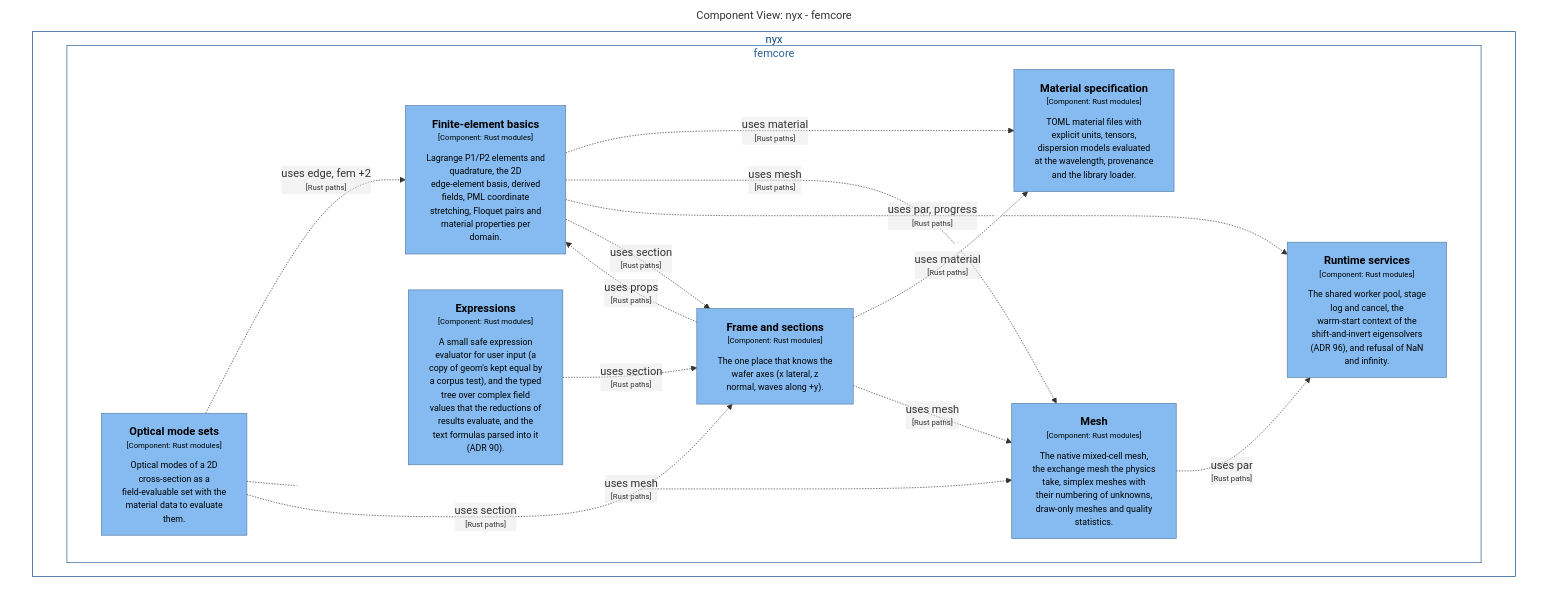
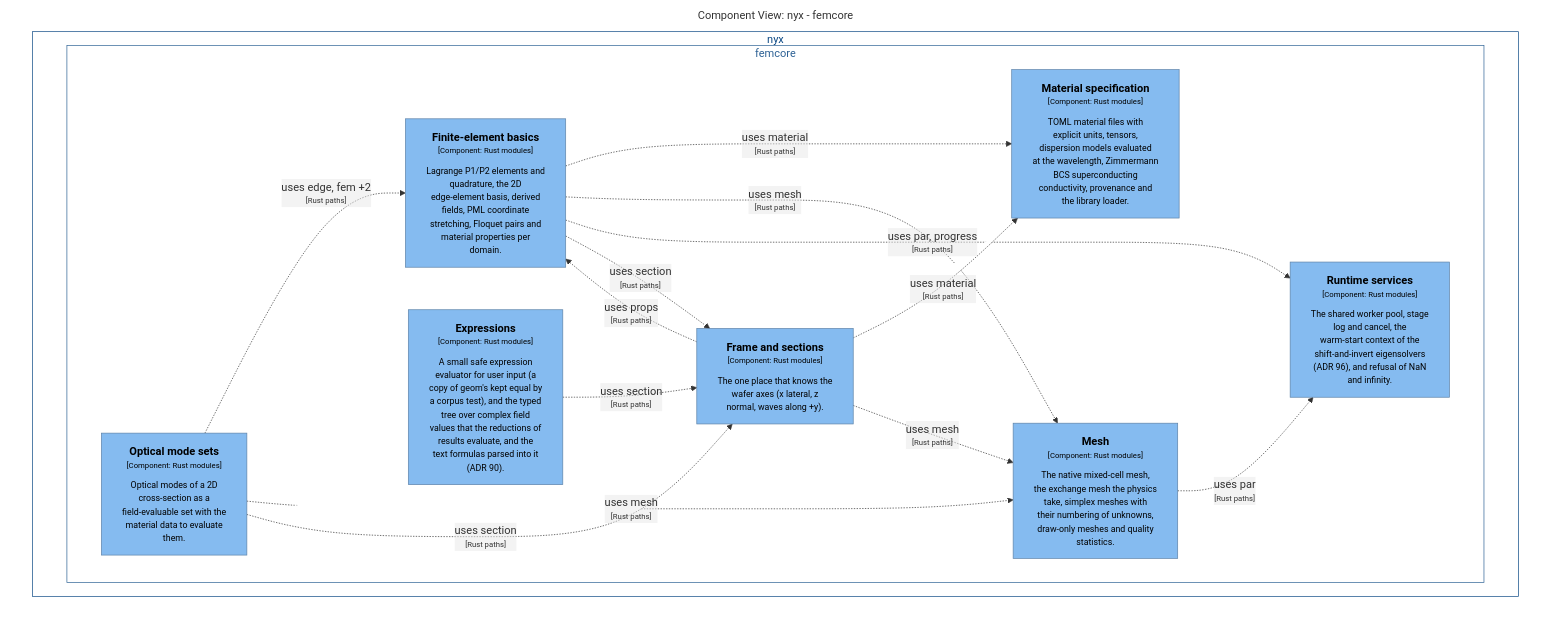
Before and after one commit to p-j-r/nyx: the diagram in docs/architecture/c4/export/mermaid/structurizr-Components_femcore_fem.mmd, drawn with Mermaid. The commit also changed 208 other files, not shown here.

Commit message:
cqed, geom, femcore, dfs, ems, analysis, engine, materials: superconducting qubit suite (M1-M5), AGENTS.md, ADRs 102-106, contracts, API & C4 docs

```diff
--- a/docs/architecture/c4/export/mermaid/structurizr-Components_femcore_fem.mmd
+++ b/docs/architecture/c4/export/mermaid/structurizr-Components_femcore_fem.mmd
@@ -1,44 +1,44 @@
 graph TB
   linkStyle default fill:#ffffff
 
   subgraph diagram ["Component View: nyx - femcore"]
     style diagram fill:#ffffff,stroke:#ffffff
 
     subgraph 5 ["nyx"]
       style 5 fill:#ffffff,stroke:#0b4884,color:#0b4884
 
-      subgraph 86 ["femcore"]
-        style 86 fill:#ffffff,stroke:#2e6295,color:#2e6295
+      subgraph 92 ["femcore"]
+        style 92 fill:#ffffff,stroke:#2e6295,color:#2e6295
 
-        105["<div style='font-weight: bold'>Finite-element basics</div><div style='font-size: 70%; margin-top: 0px'>[Component: Rust modules]</div><div style='font-size: 80%; margin-top:10px'>Lagrange P1/P2 elements and<br />quadrature, the 2D<br />edge-element basis, derived<br />fields, PML coordinate<br />stretching, Floquet pairs and<br />material properties per<br />domain.</div>"]
-        style 105 fill:#85bbf0,stroke:#5d82a8,color:#000000
-        106["<div style='font-weight: bold'>Material specification</div><div style='font-size: 70%; margin-top: 0px'>[Component: Rust modules]</div><div style='font-size: 80%; margin-top:10px'>TOML material files with<br />explicit units, tensors,<br />dispersion models evaluated<br />at the wavelength, provenance<br />and the library loader.</div>"]
-        style 106 fill:#85bbf0,stroke:#5d82a8,color:#000000
-        107["<div style='font-weight: bold'>Optical mode sets</div><div style='font-size: 70%; margin-top: 0px'>[Component: Rust modules]</div><div style='font-size: 80%; margin-top:10px'>Optical modes of a 2D<br />cross-section as a<br />field-evaluable set with the<br />material data to evaluate<br />them.</div>"]
-        style 107 fill:#85bbf0,stroke:#5d82a8,color:#000000
-        108["<div style='font-weight: bold'>Frame and sections</div><div style='font-size: 70%; margin-top: 0px'>[Component: Rust modules]</div><div style='font-size: 80%; margin-top:10px'>The one place that knows the<br />wafer axes (x lateral, z<br />normal, waves along +y).</div>"]
-        style 108 fill:#85bbf0,stroke:#5d82a8,color:#000000
-        109["<div style='font-weight: bold'>Expressions</div><div style='font-size: 70%; margin-top: 0px'>[Component: Rust modules]</div><div style='font-size: 80%; margin-top:10px'>A small safe expression<br />evaluator for user input (a<br />copy of geom's kept equal by<br />a corpus test), and the typed<br />tree over complex field<br />values that the reductions of<br />results evaluate, and the<br />text formulas parsed into it<br />(ADR 90).</div>"]
-        style 109 fill:#85bbf0,stroke:#5d82a8,color:#000000
-        110["<div style='font-weight: bold'>Runtime services</div><div style='font-size: 70%; margin-top: 0px'>[Component: Rust modules]</div><div style='font-size: 80%; margin-top:10px'>The shared worker pool, stage<br />log and cancel, the<br />warm-start context of the<br />shift-and-invert eigensolvers<br />(ADR 96), and refusal of NaN<br />and infinity.</div>"]
-        style 110 fill:#85bbf0,stroke:#5d82a8,color:#000000
-        87["<div style='font-weight: bold'>Mesh</div><div style='font-size: 70%; margin-top: 0px'>[Component: Rust modules]</div><div style='font-size: 80%; margin-top:10px'>The native mixed-cell mesh,<br />the exchange mesh the physics<br />take, simplex meshes with<br />their numbering of unknowns,<br />draw-only meshes and quality<br />statistics.</div>"]
-        style 87 fill:#85bbf0,stroke:#5d82a8,color:#000000
+        111["<div style='font-weight: bold'>Finite-element basics</div><div style='font-size: 70%; margin-top: 0px'>[Component: Rust modules]</div><div style='font-size: 80%; margin-top:10px'>Lagrange P1/P2 elements and<br />quadrature, the 2D<br />edge-element basis, derived<br />fields, PML coordinate<br />stretching, Floquet pairs and<br />material properties per<br />domain.</div>"]
+        style 111 fill:#85bbf0,stroke:#5d82a8,color:#000000
+        112["<div style='font-weight: bold'>Material specification</div><div style='font-size: 70%; margin-top: 0px'>[Component: Rust modules]</div><div style='font-size: 80%; margin-top:10px'>TOML material files with<br />explicit units, tensors,<br />dispersion models evaluated<br />at the wavelength, Zimmermann<br />BCS superconducting<br />conductivity, provenance and<br />the library loader.</div>"]
+        style 112 fill:#85bbf0,stroke:#5d82a8,color:#000000
+        113["<div style='font-weight: bold'>Optical mode sets</div><div style='font-size: 70%; margin-top: 0px'>[Component: Rust modules]</div><div style='font-size: 80%; margin-top:10px'>Optical modes of a 2D<br />cross-section as a<br />field-evaluable set with the<br />material data to evaluate<br />them.</div>"]
+        style 113 fill:#85bbf0,stroke:#5d82a8,color:#000000
+        114["<div style='font-weight: bold'>Frame and sections</div><div style='font-size: 70%; margin-top: 0px'>[Component: Rust modules]</div><div style='font-size: 80%; margin-top:10px'>The one place that knows the<br />wafer axes (x lateral, z<br />normal, waves along +y).</div>"]
+        style 114 fill:#85bbf0,stroke:#5d82a8,color:#000000
+        115["<div style='font-weight: bold'>Expressions</div><div style='font-size: 70%; margin-top: 0px'>[Component: Rust modules]</div><div style='font-size: 80%; margin-top:10px'>A small safe expression<br />evaluator for user input (a<br />copy of geom's kept equal by<br />a corpus test), and the typed<br />tree over complex field<br />values that the reductions of<br />results evaluate, and the<br />text formulas parsed into it<br />(ADR 90).</div>"]
+        style 115 fill:#85bbf0,stroke:#5d82a8,color:#000000
+        116["<div style='font-weight: bold'>Runtime services</div><div style='font-size: 70%; margin-top: 0px'>[Component: Rust modules]</div><div style='font-size: 80%; margin-top:10px'>The shared worker pool, stage<br />log and cancel, the<br />warm-start context of the<br />shift-and-invert eigensolvers<br />(ADR 96), and refusal of NaN<br />and infinity.</div>"]
+        style 116 fill:#85bbf0,stroke:#5d82a8,color:#000000
+        93["<div style='font-weight: bold'>Mesh</div><div style='font-size: 70%; margin-top: 0px'>[Component: Rust modules]</div><div style='font-size: 80%; margin-top:10px'>The native mixed-cell mesh,<br />the exchange mesh the physics<br />take, simplex meshes with<br />their numbering of unknowns,<br />draw-only meshes and quality<br />statistics.</div>"]
+        style 93 fill:#85bbf0,stroke:#5d82a8,color:#000000
       end
 
     end
 
-    109-. "<div>uses section</div><div style='font-size: 70%'>[Rust paths]</div>" .->108
-    105-. "<div>uses material</div><div style='font-size: 70%'>[Rust paths]</div>" .->106
-    105-. "<div>uses mesh</div><div style='font-size: 70%'>[Rust paths]</div>" .->87
-    105-. "<div>uses par, progress</div><div style='font-size: 70%'>[Rust paths]</div>" .->110
-    105-. "<div>uses section</div><div style='font-size: 70%'>[Rust paths]</div>" .->108
-    87-. "<div>uses par</div><div style='font-size: 70%'>[Rust paths]</div>" .->110
-    107-. "<div>uses edge, fem +2</div><div style='font-size: 70%'>[Rust paths]</div>" .->105
-    107-. "<div>uses mesh</div><div style='font-size: 70%'>[Rust paths]</div>" .->87
-    107-. "<div>uses section</div><div style='font-size: 70%'>[Rust paths]</div>" .->108
-    108-. "<div>uses props</div><div style='font-size: 70%'>[Rust paths]</div>" .->105
-    108-. "<div>uses material</div><div style='font-size: 70%'>[Rust paths]</div>" .->106
-    108-. "<div>uses mesh</div><div style='font-size: 70%'>[Rust paths]</div>" .->87
+    115-. "<div>uses section</div><div style='font-size: 70%'>[Rust paths]</div>" .->114
+    111-. "<div>uses material</div><div style='font-size: 70%'>[Rust paths]</div>" .->112
+    111-. "<div>uses mesh</div><div style='font-size: 70%'>[Rust paths]</div>" .->93
+    111-. "<div>uses par, progress</div><div style='font-size: 70%'>[Rust paths]</div>" .->116
+    111-. "<div>uses section</div><div style='font-size: 70%'>[Rust paths]</div>" .->114
+    93-. "<div>uses par</div><div style='font-size: 70%'>[Rust paths]</div>" .->116
+    113-. "<div>uses edge, fem +2</div><div style='font-size: 70%'>[Rust paths]</div>" .->111
+    113-. "<div>uses mesh</div><div style='font-size: 70%'>[Rust paths]</div>" .->93
+    113-. "<div>uses section</div><div style='font-size: 70%'>[Rust paths]</div>" .->114
+    114-. "<div>uses props</div><div style='font-size: 70%'>[Rust paths]</div>" .->111
+    114-. "<div>uses material</div><div style='font-size: 70%'>[Rust paths]</div>" .->112
+    114-. "<div>uses mesh</div><div style='font-size: 70%'>[Rust paths]</div>" .->93
 
   end
```
